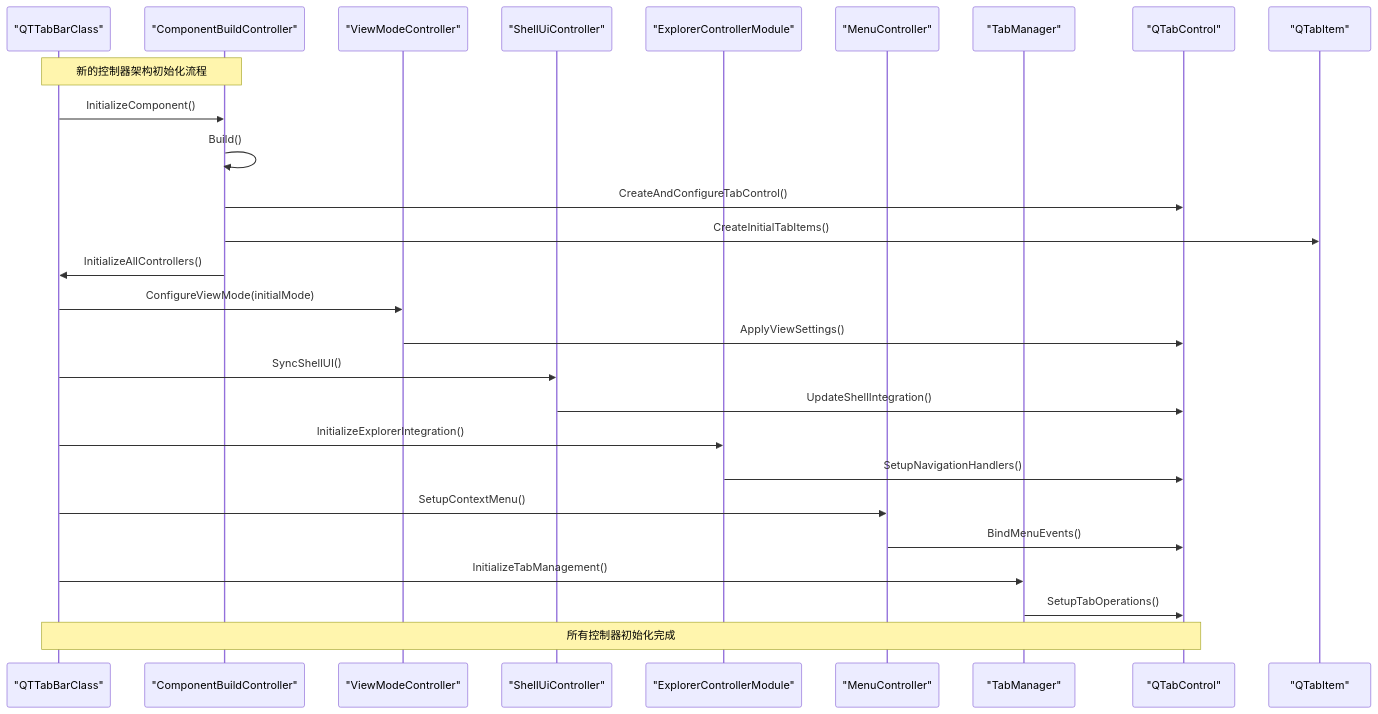
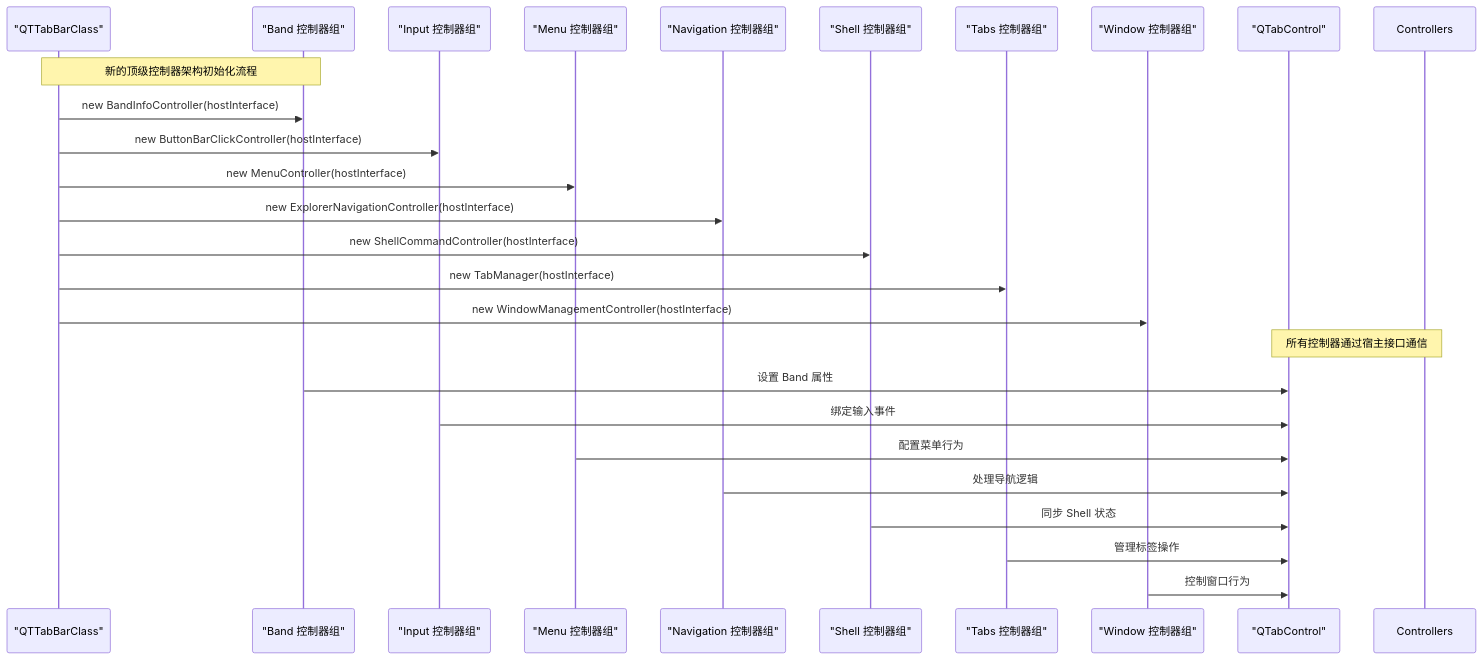
Before and after one commit to rainiva/QTTabBar-Next: the second of 8 diagrams in .qoder/repowiki/zh/content/架构设计/UI 组件体系.md, drawn with Mermaid. The commit also changed other lines of this file and 415 other files, not shown here.

First line of the commit message:
refactor(wave20): meet cluster root-cure target with host/controller extraction

````diff
--- a/.qoder/repowiki/zh/content/架构设计/UI 组件体系.md
+++ b/.qoder/repowiki/zh/content/架构设计/UI 组件体系.md
@@ -1131,29 +188,28 @@
 ```mermaid
 sequenceDiagram
 participant Host as "QTTabBarClass"
-participant BuildCtrl as "ComponentBuildController"
-participant ViewCtrl as "ViewModeController"
-participant ShellCtrl as "ShellUiController"
-participant ExplorerCtrl as "ExplorerControllerModule"
-participant MenuCtrl as "MenuController"
-participant TabMgr as "TabManager"
+participant BandCtrl as "Band 控制器组"
+participant InputCtrl as "Input 控制器组"
+participant MenuCtrl as "Menu 控制器组"
+participant NavCtrl as "Navigation 控制器组"
+participant ShellCtrl as "Shell 控制器组"
+participant TabCtrl as "Tabs 控制器组"
+participant WinCtrl as "Window 控制器组"
 participant TabCtl as "QTabControl"
-participant TabItem as "QTabItem"
-Note over Host,BuildCtrl : 新的控制器架构初始化流程
-Host->>BuildCtrl : InitializeComponent()
-BuildCtrl->>BuildCtrl : Build()
-BuildCtrl->>TabCtl : CreateAndConfigureTabControl()
-BuildCtrl->>TabItem : CreateInitialTabItems()
-BuildCtrl->>Host : InitializeAllControllers()
-Host->>ViewCtrl : ConfigureViewMode(initialMode)
-ViewCtrl->>TabCtl : ApplyViewSettings()
-Host->>ShellCtrl : SyncShellUI()
-ShellCtrl->>TabCtl : UpdateShellIntegration()
-Host->>ExplorerCtrl : InitializeExplorerIntegration()
-ExplorerCtrl->>TabCtl : SetupNavigationHandlers()
-Host->>MenuCtrl : SetupContextMenu()
-MenuCtrl->>TabCtl : BindMenuEvents()
-Host->>TabMgr : InitializeTabManagement()
-TabMgr->>TabCtl : SetupTabOperations()
-Note over Host,TabCtl : 所有控制器初始化完成
+Note over Host,BandCtrl : 新的顶级控制器架构初始化流程
+Host->>BandCtrl : new BandInfoController(hostInterface)
+Host->>InputCtrl : new ButtonBarClickController(hostInterface)
+Host->>MenuCtrl : new MenuController(hostInterface)
+Host->>NavCtrl : new ExplorerNavigationController(hostInterface)
+Host->>ShellCtrl : new ShellCommandController(hostInterface)
+Host->>TabCtrl : new TabManager(hostInterface)
+Host->>WinCtrl : new WindowManagementController(hostInterface)
+Note over Controllers,TabCtl : 所有控制器通过宿主接口通信
+BandCtrl->>TabCtl : 设置 Band 属性
+InputCtrl->>TabCtl : 绑定输入事件
+MenuCtrl->>TabCtl : 配置菜单行为
+NavCtrl->>TabCtl : 处理导航逻辑
+ShellCtrl->>TabCtl : 同步 Shell 状态
+TabCtrl->>TabCtl : 管理标签操作
+WinCtrl->>TabCtl : 控制窗口行为
 ```
````
